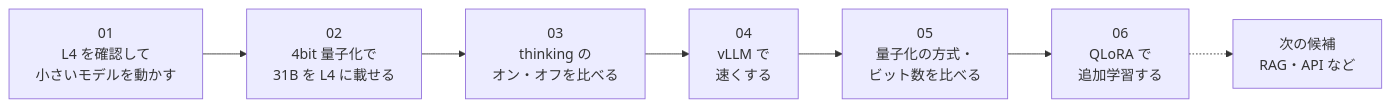
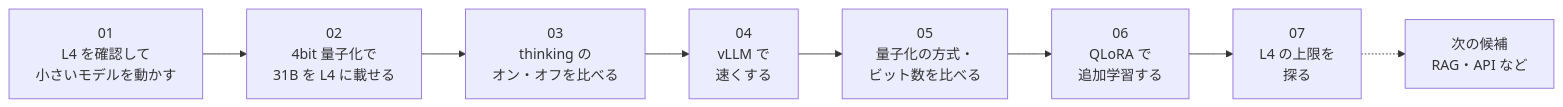
Before and after one commit to moruku36/colab-oss-lab: the diagram in README.md, drawn with Mermaid. The commit also changed other lines of this file and 7 other files, not shown here.

````diff
--- a/README.md
+++ b/README.md
@@ -35,9 +35,10 @@
 ```mermaid
 flowchart LR
     E01["01<br/>L4 を確認して<br/>小さいモデルを動かす"] --> E02["02<br/>4bit 量子化で<br/>31B を L4 に載せる"]
     E02 --> E03["03<br/>thinking の<br/>オン・オフを比べる"]
     E03 --> E04["04<br/>vLLM で<br/>速くする"]
     E04 --> E05["05<br/>量子化の方式・<br/>ビット数を比べる"]
     E05 --> E06["06<br/>QLoRA で<br/>追加学習する"]
-    E06 -.-> NEXT["次の候補<br/>RAG・API など"]
+    E06 --> E07["07<br/>L4 の上限を<br/>探る"]
+    E07 -.-> NEXT["次の候補<br/>RAG・API など"]
 ```
````
